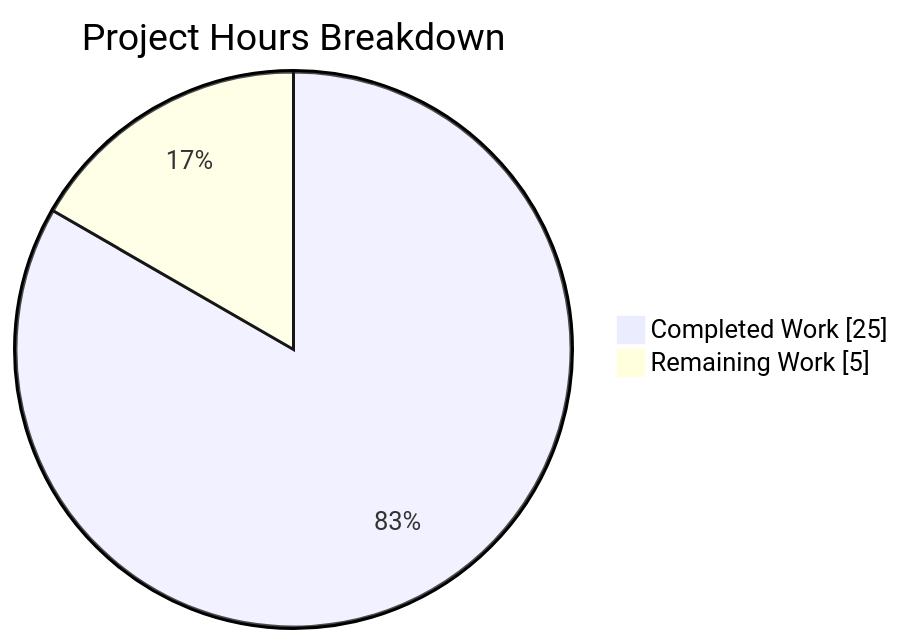
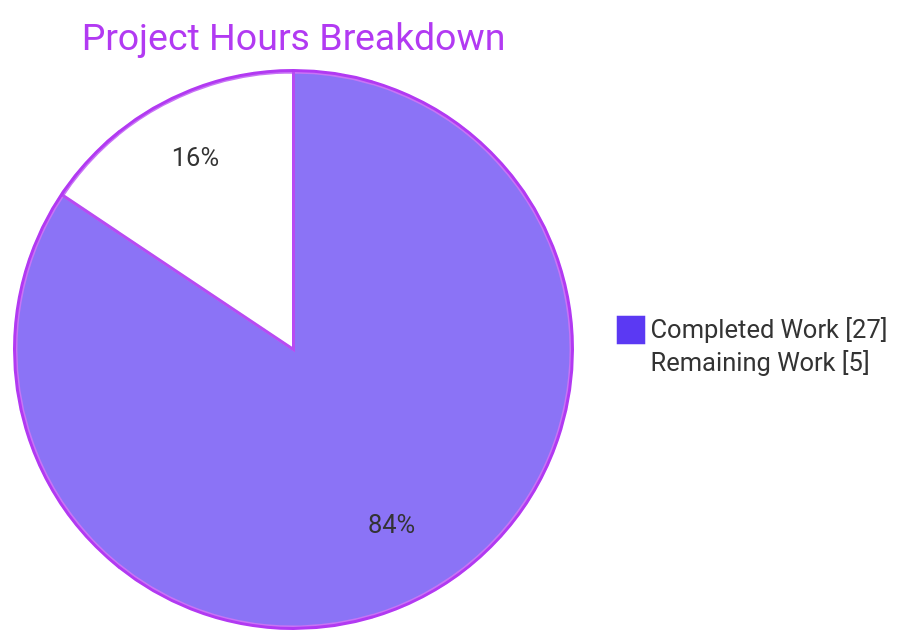
The second of 3 diagrams in blitzy/documentation/Project Guide.md (ajitblitzy/Ajit_GH_Repo-12-Mar-26), drawn with Mermaid before and after one commit. The commit also changed other lines of this file, not shown here.

````diff
--- a/blitzy/documentation/Project Guide.md
+++ b/blitzy/documentation/Project Guide.md
@@ -204,5 +210,6 @@
 ```mermaid
+%%{init: {"theme": "base", "themeVariables": {"pie1": "#5B39F3", "pie2": "#FFFFFF", "pieStrokeColor": "#B23AF2", "pieOuterStrokeColor": "#B23AF2", "pieTitleTextColor": "#B23AF2"}}}%%
 pie showData title Project Hours Breakdown
-    "Completed Work" : 25
+    "Completed Work" : 27
     "Remaining Work" : 5
 ```
````
